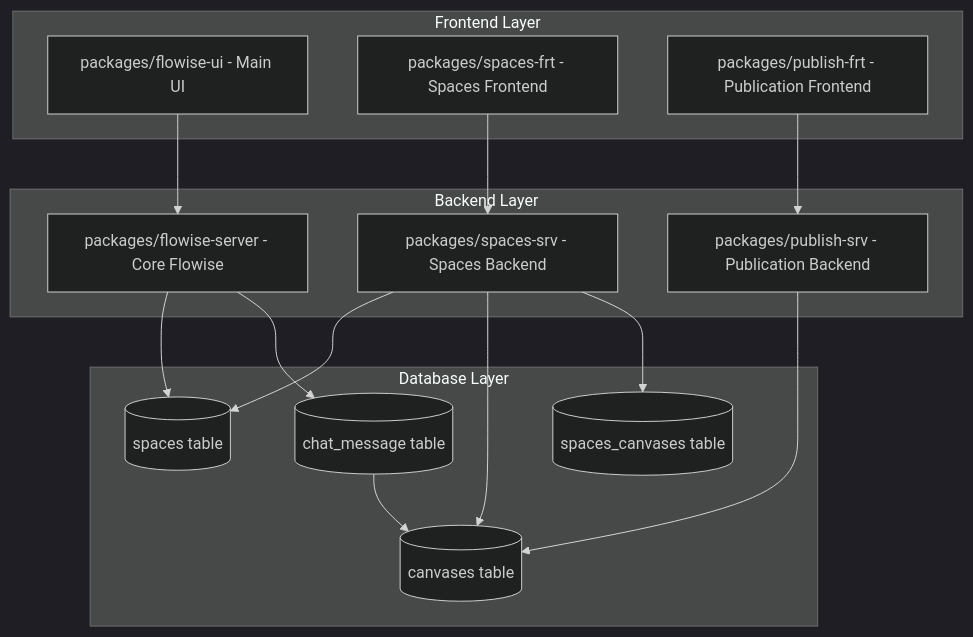
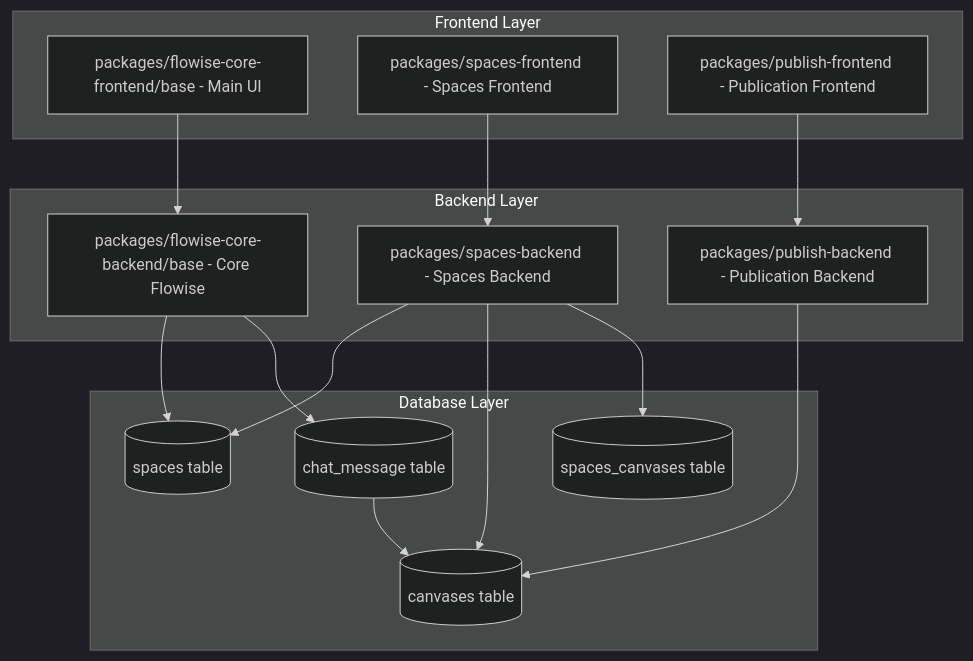
One commit to teknokomo/universo-platformo-react changed the first of 2 diagrams in .kiro/specs/chatflow-to-spaces-refactoring/design.md. Above: the diagram before and after it, drawn with Mermaid (dark theme). The commit also changed other lines of this file and 2867 other files, not shown here.

````diff
--- a/.kiro/specs/chatflow-to-spaces-refactoring/design.md
+++ b/.kiro/specs/chatflow-to-spaces-refactoring/design.md
@@ -36,34 +36,34 @@
 ```mermaid
 graph TB
     subgraph "Frontend Layer"
-        UI[packages/flowise-ui - Main UI]
-        SpaceFRT[packages/spaces-frt - Spaces Frontend]
-        PubFRT[packages/publish-frt - Publication Frontend]
+        UI[packages/flowise-core-frontend/base - Main UI]
+        SpaceFRT[packages/spaces-frontend - Spaces Frontend]
+        PubFRT[packages/publish-frontend - Publication Frontend]
     end
     
     subgraph "Backend Layer"
-        Server[packages/flowise-server - Core Flowise]
-        SpaceSRV[packages/spaces-srv - Spaces Backend]
-        PubSRV[packages/publish-srv - Publication Backend]
+        Server[packages/flowise-core-backend/base - Core Flowise]
+        SpaceSRV[packages/spaces-backend - Spaces Backend]
+        PubSRV[packages/publish-backend - Publication Backend]
     end
     
     subgraph "Database Layer"
         Spaces[(spaces table)]
         Canvases[(canvases table)]
         SpacesCanvases[(spaces_canvases table)]
         ChatMessages[(chat_message table)]
     end
     
     UI --> Server
     SpaceFRT --> SpaceSRV
     PubFRT --> PubSRV
     
     Server --> Spaces
     SpaceSRV --> Spaces
     SpaceSRV --> Canvases
     SpaceSRV --> SpacesCanvases
     PubSRV --> Canvases
     
     Server --> ChatMessages
     ChatMessages --> Canvases
 ```
````
